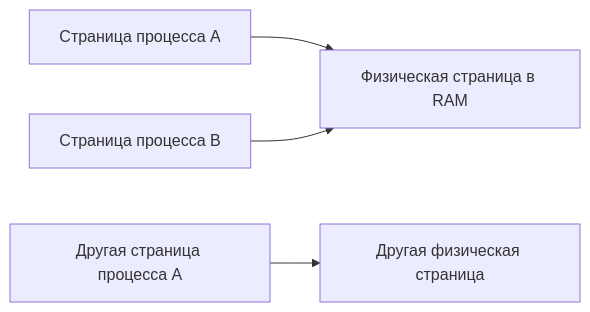
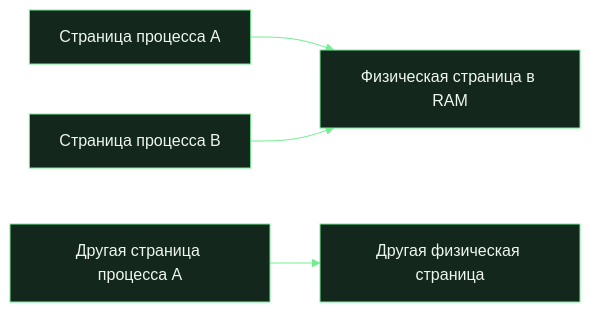
Before and after one commit to leary1337/backend-brain: the diagram in notes/Операционные системы/03 Виртуальная память.md, drawn with Mermaid. The commit also changed 18 other files, not shown here.

````diff
--- a/notes/Операционные системы/03 Виртуальная память.md
+++ b/notes/Операционные системы/03 Виртуальная память.md
@@ -13,6 +13,7 @@
 ```mermaid
+%%{init: {"theme":"base","themeVariables":{"darkMode":true,"background":"#0c1913","fontFamily":"Segoe UI,Arial,sans-serif","primaryColor":"#14271c","primaryTextColor":"#edf7ef","primaryBorderColor":"#70ee91","secondaryColor":"#173121","secondaryTextColor":"#edf7ef","secondaryBorderColor":"#355d43","tertiaryColor":"#183b2e","tertiaryTextColor":"#edf7ef","tertiaryBorderColor":"#355d43","lineColor":"#70ee91","textColor":"#edf7ef","mainBkg":"#14271c","edgeLabelBackground":"#0c1913","nodeTextColor":"#edf7ef","noteBkgColor":"#173121","noteTextColor":"#edf7ef","noteBorderColor":"#355d43","actorBkg":"#14271c","actorBorder":"#70ee91","actorTextColor":"#edf7ef","actorLineColor":"#355d43","signalColor":"#70ee91","signalTextColor":"#edf7ef","labelBoxBkgColor":"#173121","labelBoxBorderColor":"#355d43","labelTextColor":"#edf7ef","loopTextColor":"#edf7ef","activationBkgColor":"#173121","activationBorderColor":"#70ee91"}}}%%
 flowchart LR
     A["Страница процесса A"] --> P["Физическая страница в RAM"]
     B["Страница процесса B"] --> P
     C["Другая страница процесса A"] --> Q["Другая физическая страница"]
 ```
````
